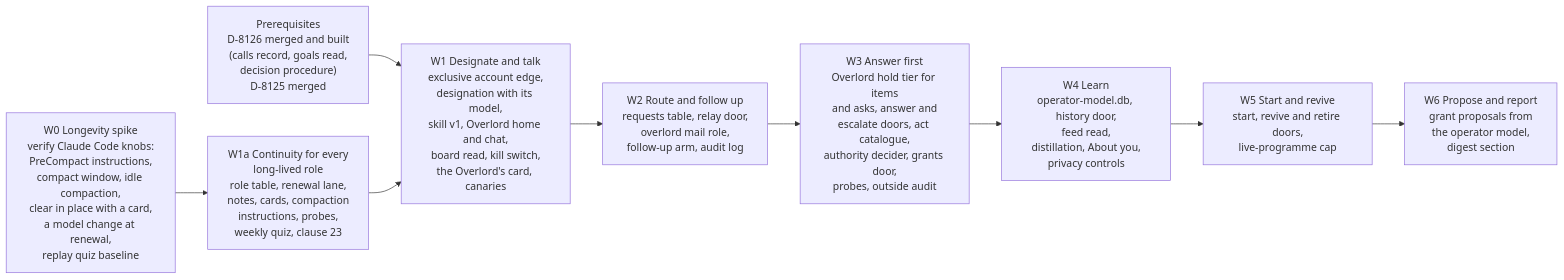
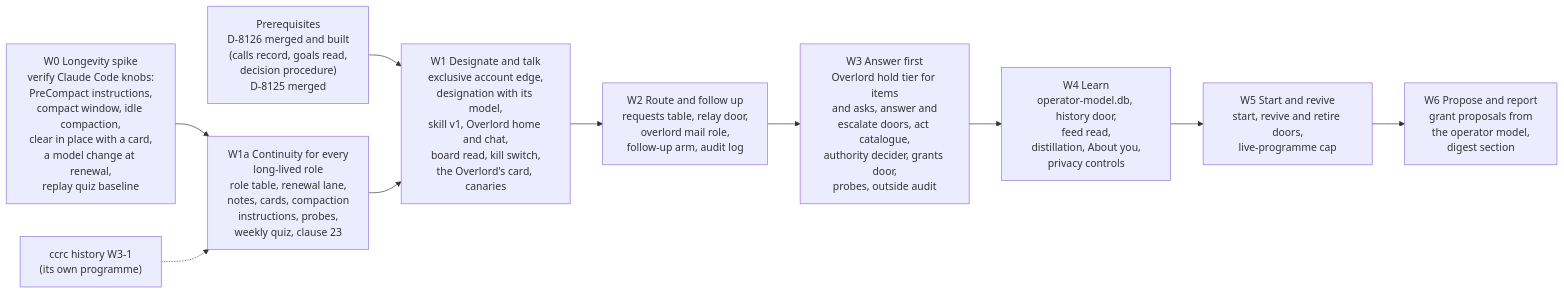
The eighth of 8 diagrams in docs/superpowers/specs/2026-11-09-overlord-design.md (Synapsium-Labs/ccrc-pwa), drawn with Mermaid before and after one commit. The commit also changed other lines of this file, not shown here.

First line of the commit message:
docs(spec): the Overlord uses history and graphs, one thread, read-only helpers

````diff
--- a/docs/superpowers/specs/2026-11-09-overlord-design.md
+++ b/docs/superpowers/specs/2026-11-09-overlord-design.md
@@ -1378,12 +1447,13 @@
 ```mermaid
 flowchart LR
   P0["Prerequisites<br/>D-8126 merged and built<br/>(calls record, goals read,<br/>decision procedure)<br/>D-8125 merged"] --> W1
   W0["W0 Longevity spike<br/>verify Claude Code knobs:<br/>PreCompact instructions,<br/>compact window, idle compaction,<br/>clear in place with a card,<br/>a model change at renewal,<br/>replay quiz baseline"] --> W1A
+  H3["ccrc history W3-1<br/>(its own programme)"] -.-> W1A
   W1A["W1a Continuity for every<br/>long-lived role<br/>role table, renewal lane,<br/>notes, cards, compaction<br/>instructions, probes,<br/>weekly quiz, clause 23"] --> W1
   W1["W1 Designate and talk<br/>exclusive account edge,<br/>designation with its model,<br/>skill v1, Overlord home and chat,<br/>board read, kill switch,<br/>the Overlord's card, canaries"] --> W2
   W2["W2 Route and follow up<br/>requests table, relay door,<br/>overlord mail role,<br/>follow-up arm, audit log"] --> W3
   W3["W3 Answer first<br/>Overlord hold tier for items<br/>and asks, answer and<br/>escalate doors, act catalogue,<br/>authority decider, grants door,<br/>probes, outside audit"] --> W4
   W4["W4 Learn<br/>operator-model.db, history door,<br/>feed read,<br/>distillation, About you,<br/>privacy controls"] --> W5
   W5["W5 Start and revive<br/>start, revive and retire doors,<br/>live-programme cap"] --> W6
   W6["W6 Propose and report<br/>grant proposals from<br/>the operator model,<br/>digest section"]
 ```
````
